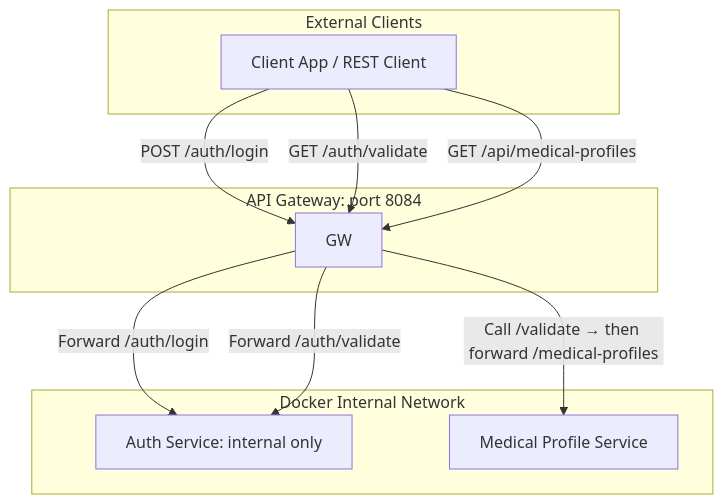
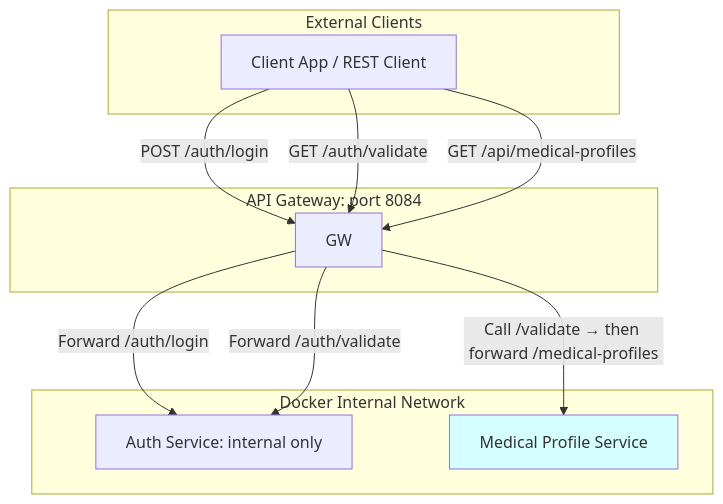
The sixth of 6 diagrams in api-gateway/README.md (PritiAryal/MediCore), drawn with Mermaid before and after one commit. The commit also changed other lines of this file, not shown here.

````diff
--- a/api-gateway/README.md
+++ b/api-gateway/README.md
@@ -286,23 +335,26 @@
 ```mermaid
 flowchart TD
     subgraph External [External Clients]
         CLIENT[Client App / REST Client]
     end
 
     subgraph Gateway [API Gateway: port 8084]
         GW
     end
 
     subgraph InternalNetwork [Docker Internal Network]
         AUTH[Auth Service: internal only]
         PROFILE[Medical Profile Service]
     end
 
     CLIENT -->|POST /auth/login| GW
     CLIENT -->|GET /auth/validate| GW
     CLIENT -->|GET /api/medical-profiles| GW
 
     GW -->|Forward /auth/login| AUTH
     GW -->|Forward /auth/validate| AUTH
-    GW -->|Call /validate → then forward /medical-profiles| PROFILE
+    GW -->|Call /validate → then forward /medical-profiles| PROFILE:::highlight
+
+    classDef highlight fill:#D5FFFF;
+
 ```
````
